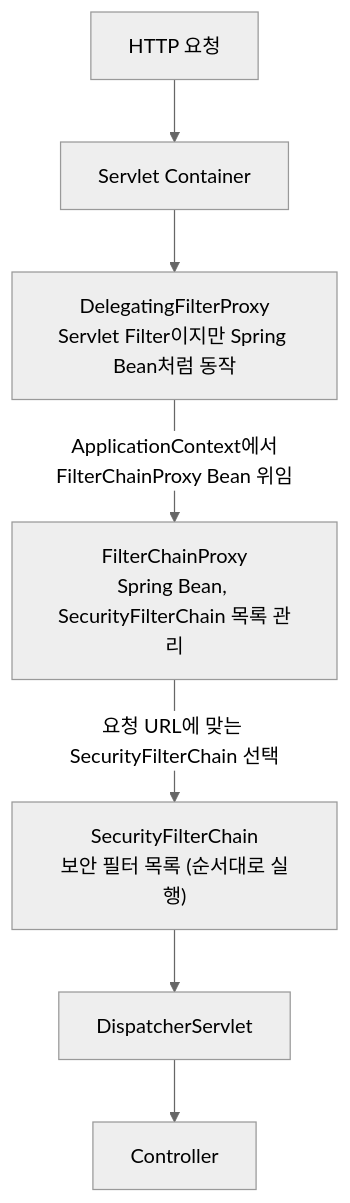
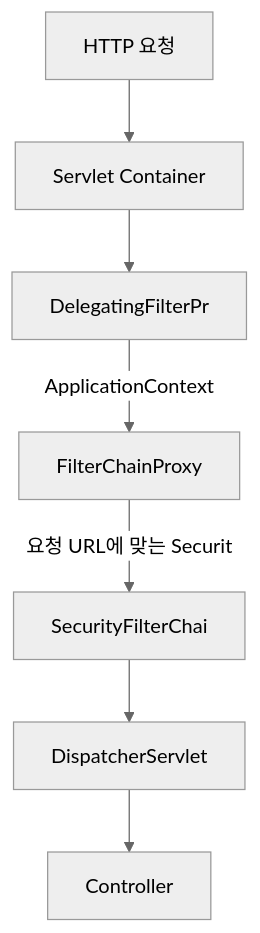
The first of 5 diagrams in _posts/spring/2026-05-01-spring-security-architecture.md (yjkim2015/yjkim2015.github.io), drawn with Mermaid (neutral theme) before and after one commit. The commit also changed other lines of this file and 271 other files, not shown here.

First line of the commit message:
Mermaid 라벨 축소: 긴 노드 텍스트 18자 이하로 트림 + \n 제거

````diff
--- a/_posts/spring/2026-05-01-spring-security-architecture.md
+++ b/_posts/spring/2026-05-01-spring-security-architecture.md
@@ -23,9 +23,9 @@
 ```mermaid
 graph TD
     A["HTTP 요청"] --> B["Servlet Container"]
-    B --> C["DelegatingFilterProxy<br>Servlet Filter이지만 Spring Bean처럼 동작"]
-    C -->|"ApplicationContext에서<br>FilterChainProxy Bean 위임"| D["FilterChainProxy<br>Spring Bean, SecurityFilterChain 목록 관리"]
-    D -->|"요청 URL에 맞는 SecurityFilterChain 선택"| E["SecurityFilterChain<br>보안 필터 목록 (순서대로 실행)"]
+    B --> C["DelegatingFilterPr"]
+    C -->|"ApplicationContext"| D["FilterChainProxy<b"]
+    D -->|"요청 URL에 맞는 Securit"| E["SecurityFilterChai"]
     E --> F["DispatcherServlet"]
     F --> G["Controller"]
 ```
````
